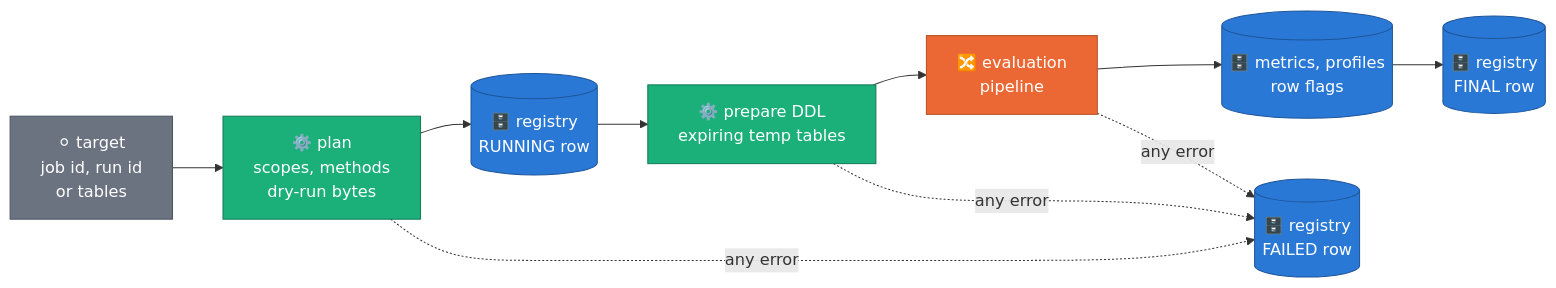
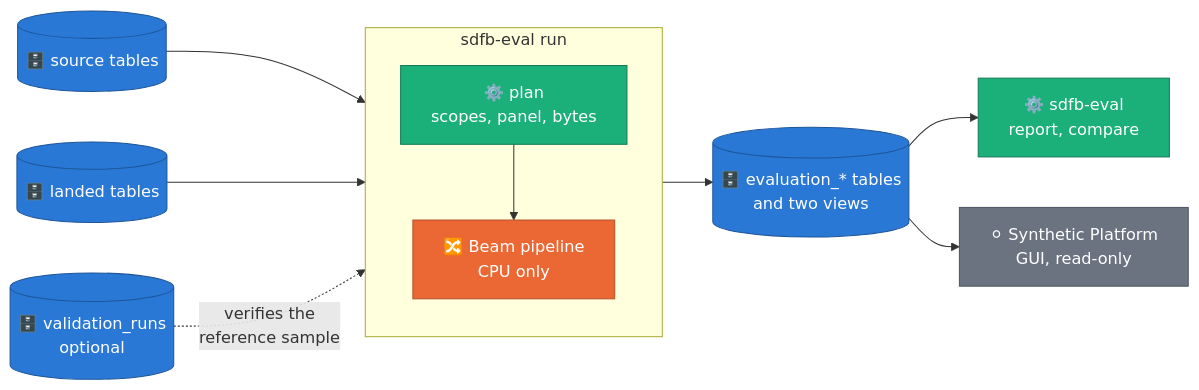
Before and after one commit to albertols/synthetic-llm-dataflow-bigquery: the first of 2 diagrams in packages/sdfb-evaluation/README.md, drawn with Mermaid. The commit also changed other lines of this file and 51 other files, not shown here.

````diff
--- a/packages/sdfb-evaluation/README.md
+++ b/packages/sdfb-evaluation/README.md
@@ -30,16 +23,24 @@
 ```mermaid
 flowchart LR
-  T["⚪ target<br/>job id, run id<br/>or tables"]:::data --> P["⚙️ plan<br/>scopes, methods<br/>dry-run bytes"]:::cpu
-  P --> R[("🗄️ registry<br/>RUNNING row")]:::store
-  R --> D["⚙️ prepare DDL<br/>expiring temp tables"]:::cpu
-  D --> B["🔀 evaluation<br/>pipeline"]:::beam
-  B --> O[("🗄️ metrics, profiles<br/>row flags")]:::store
-  O --> F[("🗄️ registry<br/>FINAL row")]:::store
-  P -. "any error" .-> X[("🗄️ registry<br/>FAILED row")]:::store
-  D -. "any error" .-> X
-  B -. "any error" .-> X
   classDef beam  fill:#eb6834,color:#fff,stroke:#b44f26
   classDef cpu   fill:#1baf7a,color:#fff,stroke:#127a55
   classDef store fill:#2a78d6,color:#fff,stroke:#1d5599
   classDef data  fill:#6b7280,color:#fff,stroke:#4b5563
+
+  SRC[("🗄️ source tables")]:::store
+  LAND[("🗄️ landed tables")]:::store
+  VR[("🗄️ validation_runs<br/>optional")]:::store
+  subgraph EV["sdfb-eval run"]
+    PLAN["⚙️ plan<br/>scopes, panel, bytes"]:::cpu --> JOB["🔀 Beam pipeline<br/>CPU only"]:::beam
+  end
+  OUT[("🗄️ evaluation_* tables<br/>and two views")]:::store
+  CLI["⚙️ sdfb-eval<br/>report, compare"]:::cpu
+  GUI["⚪ Synthetic Platform<br/>GUI, read-only"]:::data
+
+  SRC --> EV
+  LAND --> EV
+  VR -. "verifies the<br/>reference sample" .-> EV
+  EV --> OUT
+  OUT --> CLI
+  OUT --> GUI
 ```
````
